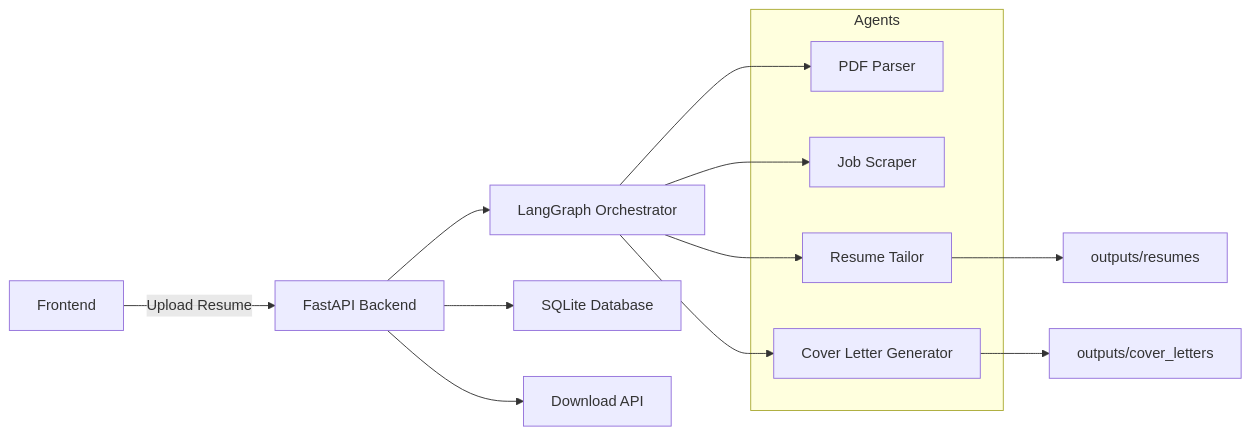
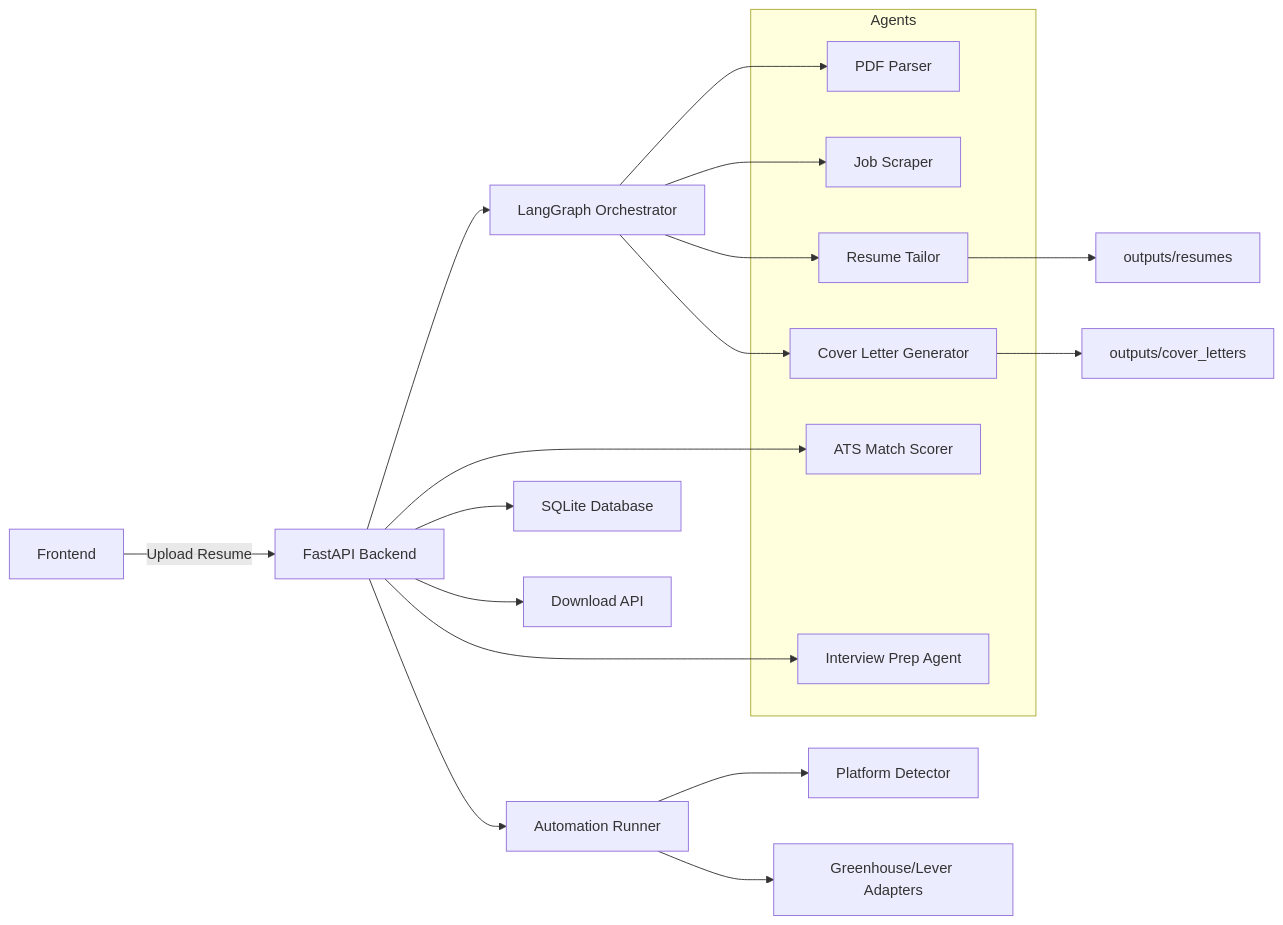
The diagram in README.md (harinath187/job_application_agent), drawn with Mermaid before and after one commit. The commit also changed other lines of this file and 2 other files, not shown here.

First line of the commit message:
docs: update README for ATS scoring, interview prep, and autofill features

````diff
--- a/README.md
+++ b/README.md
@@ -28,24 +31,32 @@
 ```mermaid
 flowchart LR
     U["Frontend"] -->|Upload Resume| API["FastAPI Backend"]
 
     API --> Orch["LangGraph Orchestrator"]
 
     subgraph Agents
         PDF["PDF Parser"]
         Scrape["Job Scraper"]
         Tailor["Resume Tailor"]
         CL["Cover Letter Generator"]
+        ATS["ATS Match Scorer"]
+        Prep["Interview Prep Agent"]
     end
 
     Orch --> PDF
     Orch --> Scrape
     Orch --> Tailor
     Orch --> CL
 
     Tailor --> Resumes["outputs/resumes"]
     CL --> Letters["outputs/cover_letters"]
 
+    API --> ATS
+    API --> Prep
+    API --> Auto["Automation Runner"]
+    Auto --> Detect["Platform Detector"]
+    Auto --> Adapters["Greenhouse/Lever Adapters"]
+
     API --> DB["SQLite Database"]
     API --> Download["Download API"]
 ```
````
